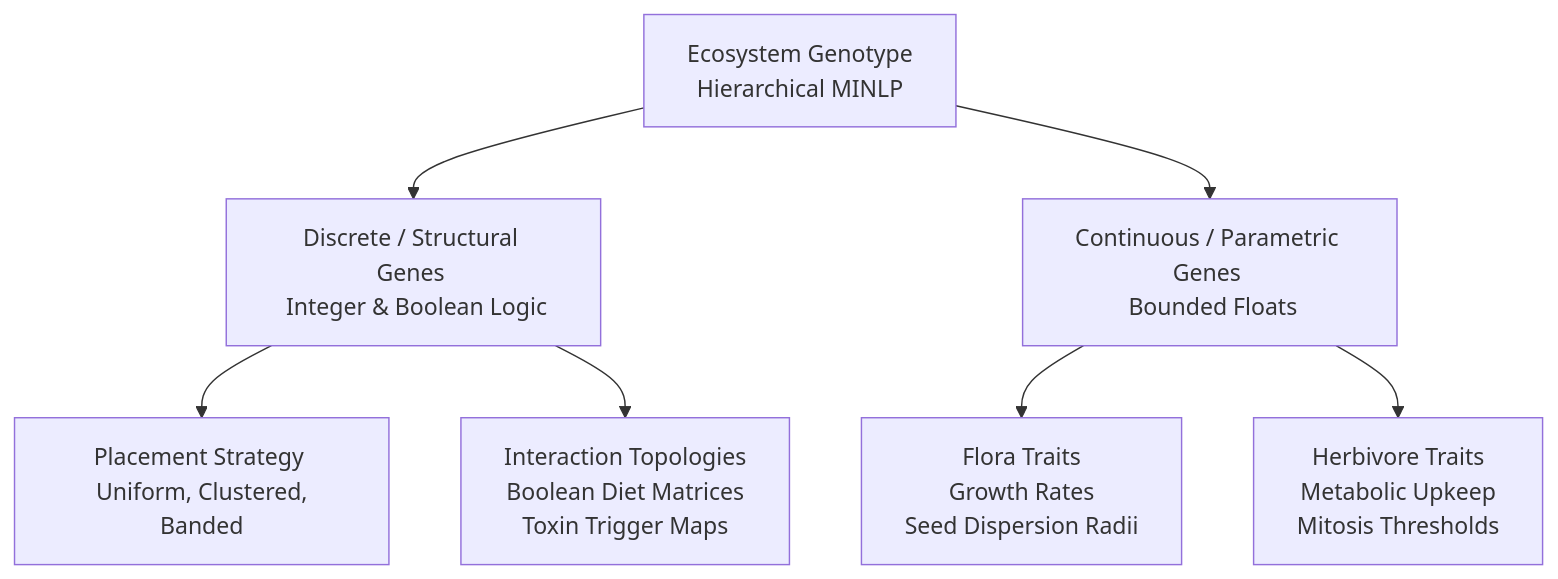
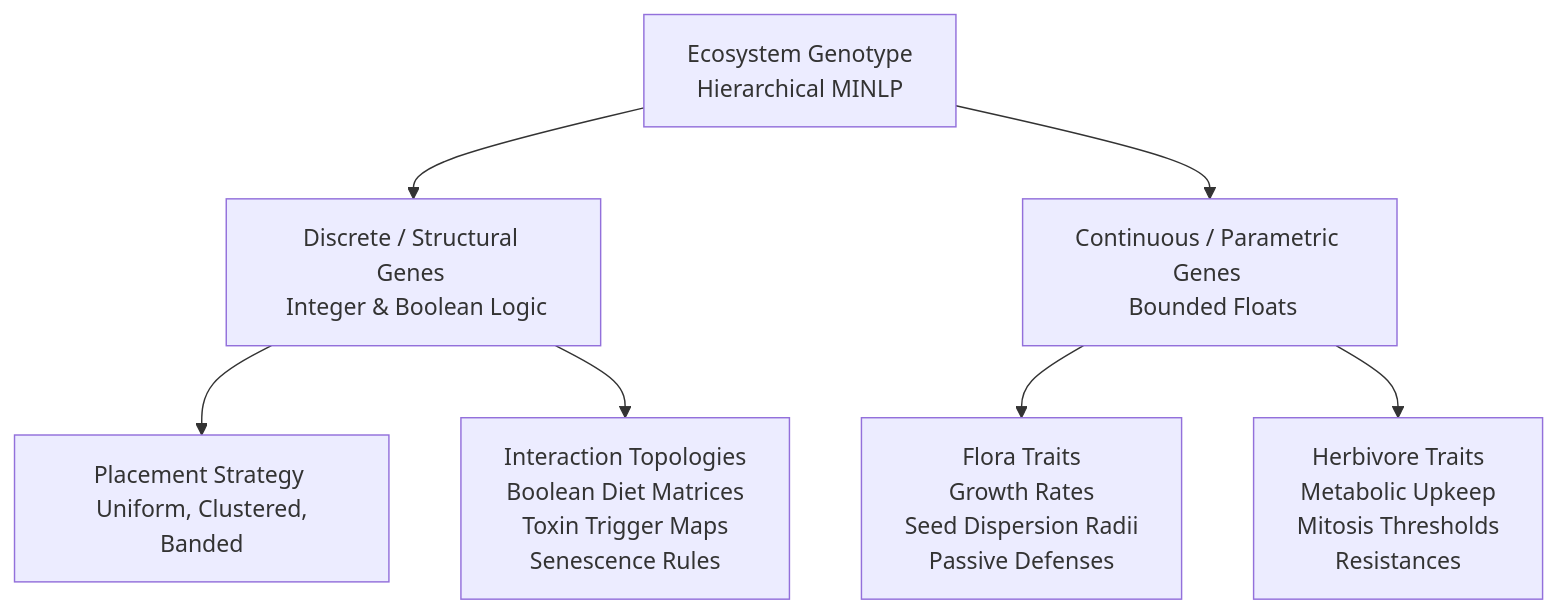
The first of 5 diagrams in docs/scenario_guide/design_space_exploration.md (foersben/PHIDS), drawn with Mermaid before and after one commit. The commit also changed other lines of this file and 27 other files, not shown here.

````diff
--- a/docs/scenario_guide/design_space_exploration.md
+++ b/docs/scenario_guide/design_space_exploration.md
@@ -26,12 +26,12 @@
 ```mermaid
 graph TD
     Root[Ecosystem Genotype <br/> Hierarchical MINLP]
     Root --> B1[Discrete / Structural Genes <br/> Integer & Boolean Logic]
     Root --> B2[Continuous / Parametric Genes <br/> Bounded Floats]
 
     B1 --> B1A[Placement Strategy <br/> Uniform, Clustered, Banded]
-    B1 --> B1B[Interaction Topologies <br/> Boolean Diet Matrices <br/> Toxin Trigger Maps]
+    B1 --> B1B[Interaction Topologies <br/> Boolean Diet Matrices <br/> Toxin Trigger Maps <br/> Senescence Rules]
 
-    B2 --> B2A[Flora Traits <br/> Growth Rates <br/> Seed Dispersion Radii]
-    B2 --> B2B[Herbivore Traits <br/> Metabolic Upkeep <br/> Mitosis Thresholds]
+    B2 --> B2A[Flora Traits <br/> Growth Rates <br/> Seed Dispersion Radii <br/> Passive Defenses]
+    B2 --> B2B[Herbivore Traits <br/> Metabolic Upkeep <br/> Mitosis Thresholds <br/> Resistances]
 ```
````
